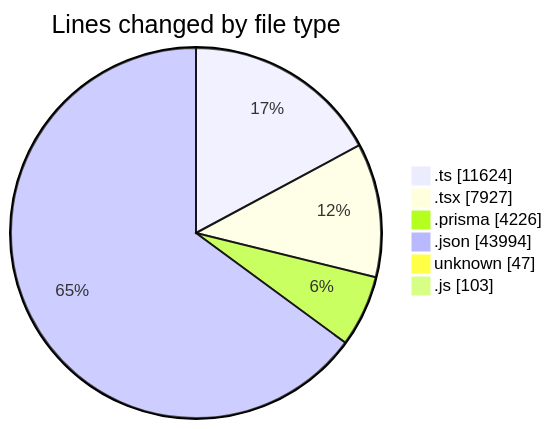
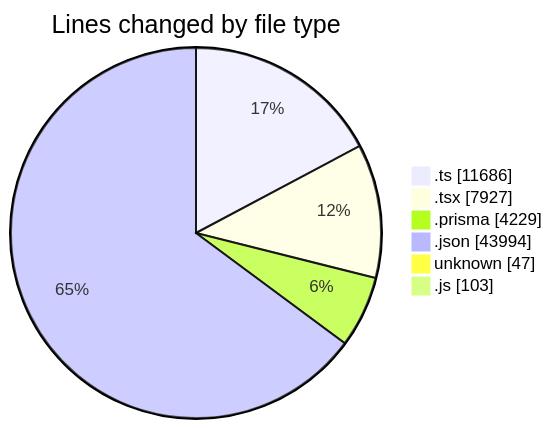
One commit to CELIANVF/code-tracking changed the first of 2 diagrams in 2025-05-19/ecodeli-1/README.md. Above: the diagram before and after it, drawn with Mermaid. The commit also changed other lines of this file and 1 other file, not shown here.

````diff
--- a/2025-05-19/ecodeli-1/README.md
+++ b/2025-05-19/ecodeli-1/README.md
@@ -79,10 +80,10 @@
 ```mermaid
 pie showData
 title Lines changed by file type
-".ts" : 11624
+".ts" : 11686
 ".tsx" : 7927
-".prisma" : 4226
+".prisma" : 4229
 ".json" : 43994
 "unknown" : 47
 ".js" : 103
 ```
````
